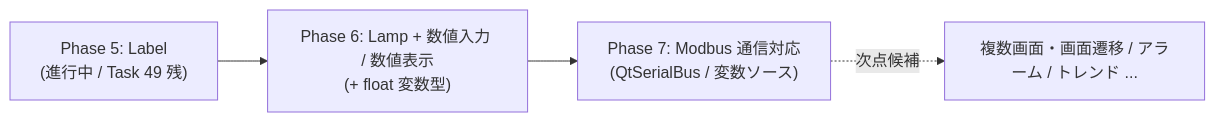
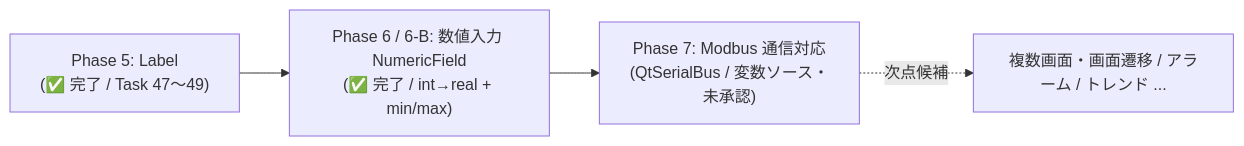
The first of 2 diagrams in Docs/requirements.md (hang-up33/hmi-platform), drawn with Mermaid before and after one commit. The commit also changed other lines of this file and 3 other files, not shown here.

````diff
--- a/Docs/requirements.md
+++ b/Docs/requirements.md
@@ -14,6 +14,6 @@
 ```mermaid
 flowchart LR
-    P5["Phase 5: Label<br/>(進行中 / Task 49 残)"] --> P6["Phase 6: Lamp + 数値入力 / 数値表示<br/>(+ float 変数型)"]
-    P6 --> P7["Phase 7: Modbus 通信対応<br/>(QtSerialBus / 変数ソース)"]
+    P5["Phase 5: Label<br/>(✅ 完了 / Task 47〜49)"] --> P6["Phase 6 / 6-B: 数値入力 NumericField<br/>(✅ 完了 / int→real + min/max)"]
+    P6 --> P7["Phase 7: Modbus 通信対応<br/>(QtSerialBus / 変数ソース・未承認)"]
     P7 -.次点候補.-> Px["複数画面・画面遷移 / アラーム / トレンド ..."]
 ```
````
